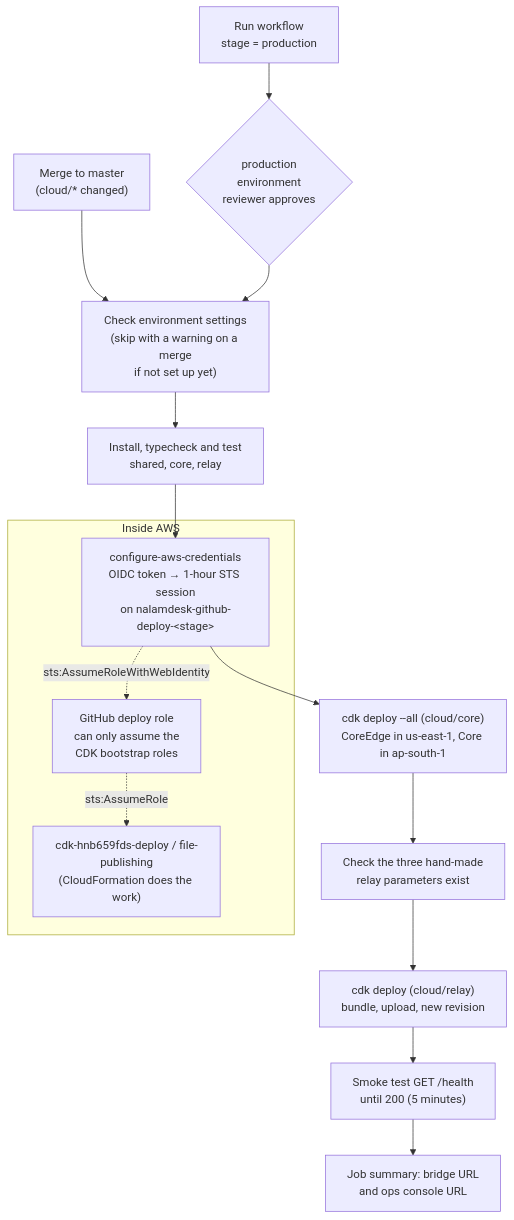
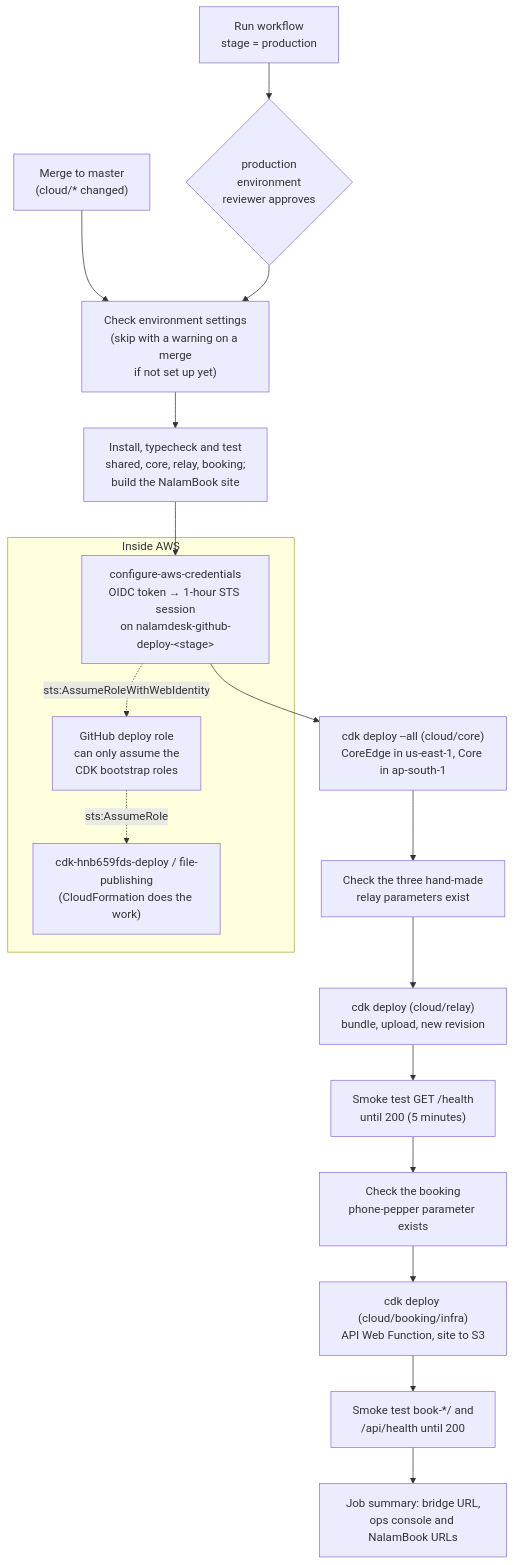
Before and after one commit to nalamdesk/nalamdesk: the fifth of 5 diagrams in docs/architecture/cloud-relay.md, drawn with Mermaid. The commit also changed other lines of this file and 5 other files, not shown here.

First line of the commit message:
Deploy NalamBook from CI with the relay (#233)

````diff
--- a/docs/architecture/cloud-relay.md
+++ b/docs/architecture/cloud-relay.md
@@ -155,18 +156,21 @@
 ```mermaid
 flowchart TD
     A["Merge to master<br/>(cloud/* changed)"] --> C
     B["Run workflow<br/>stage = production"] --> E{"production<br/>environment<br/>reviewer approves"}
     E --> C
-    C["Check environment settings<br/>(skip with a warning on a merge<br/>if not set up yet)"] --> T["Install, typecheck and test<br/>shared, core, relay"]
+    C["Check environment settings<br/>(skip with a warning on a merge<br/>if not set up yet)"] --> T["Install, typecheck and test<br/>shared, core, relay, booking;<br/>build the NalamBook site"]
     T --> O["configure-aws-credentials<br/>OIDC token → 1-hour STS session<br/>on nalamdesk-github-deploy-&lt;stage&gt;"]
     O --> K["cdk deploy --all (cloud/core)<br/>CoreEdge in us-east-1, Core in ap-south-1"]
     K --> P["Check the three hand-made<br/>relay parameters exist"]
     P --> R["cdk deploy (cloud/relay)<br/>bundle, upload, new revision"]
     R --> H["Smoke test GET /health<br/>until 200 (5 minutes)"]
-    H --> S["Job summary: bridge URL<br/>and ops console URL"]
+    H --> BP["Check the booking<br/>phone-pepper parameter exists"]
+    BP --> BK["cdk deploy (cloud/booking/infra)<br/>API Web Function, site to S3"]
+    BK --> BH["Smoke test book-*/ and<br/>/api/health until 200"]
+    BH --> S["Job summary: bridge URL,<br/>ops console and NalamBook URLs"]
 
     subgraph IAM["Inside AWS"]
         O -. "sts:AssumeRoleWithWebIdentity" .-> ROLE["GitHub deploy role<br/>can only assume the<br/>CDK bootstrap roles"]
         ROLE -. "sts:AssumeRole" .-> CDKR["cdk-hnb659fds-deploy / file-publishing<br/>(CloudFormation does the work)"]
     end
 ```
````
